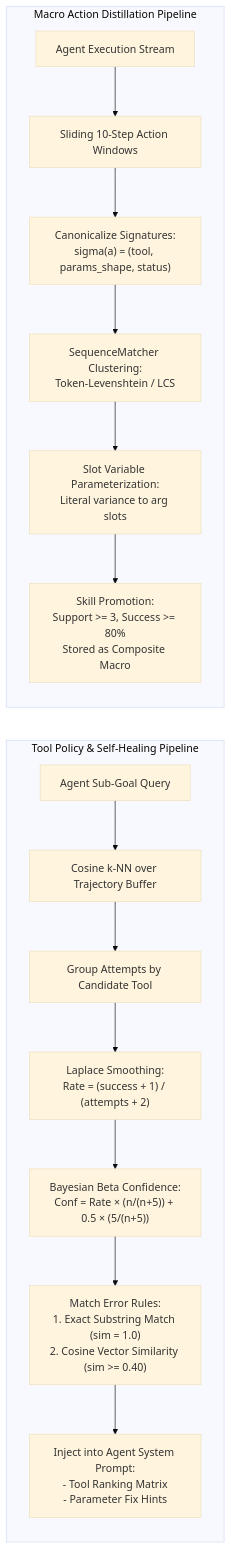
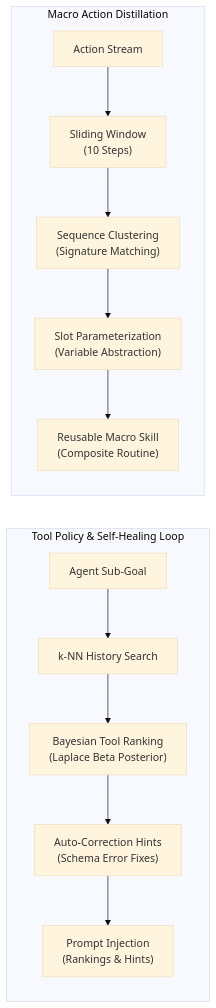
The diagram in report/figures/macro_policy_flowchart.mmd (rsmyst/llmEndsem), drawn with Mermaid (base theme) before and after one commit. The commit also changed 17 other files, not shown here.

```diff
--- a/report/figures/macro_policy_flowchart.mmd
+++ b/report/figures/macro_policy_flowchart.mmd
@@ -1,17 +1,14 @@
 flowchart LR
-    subgraph PolicyStream ["Tool Policy & Self-Healing Pipeline"]
-        Subgoal["Agent Sub-Goal Query"] --> KNN["Cosine k-NN over Trajectory Buffer"]
-        KNN --> Group["Group Attempts by Candidate Tool"]
-        Group --> Laplace["Laplace Smoothing:<br/>Rate = (success + 1) / (attempts + 2)"]
-        Laplace --> Bayes["Bayesian Beta Confidence:<br/>Conf = Rate × (n/(n+5)) + 0.5 × (5/(n+5))"]
-        Bayes --> Hints["Match Error Rules:<br/>1. Exact Substring Match (sim = 1.0)<br/>2. Cosine Vector Similarity (sim >= 0.40)"]
-        Hints --> OutputPrompt["Inject into Agent System Prompt:<br/>- Tool Ranking Matrix<br/>- Parameter Fix Hints"]
+    subgraph PolicyStream ["Tool Policy & Self-Healing Loop"]
+        Subgoal["Agent Sub-Goal"] --> KNN["k-NN History Search"]
+        KNN --> Ranking["Bayesian Tool Ranking<br/>(Laplace Beta Posterior)"]
+        Ranking --> Hints["Auto-Correction Hints<br/>(Schema Error Fixes)"]
+        Hints --> Output["Prompt Injection<br/>(Rankings & Hints)"]
     end
 
-    subgraph MacroStream ["Macro Action Distillation Pipeline"]
-        Session["Agent Execution Stream"] --> Window["Sliding 10-Step Action Windows"]
-        Window --> Canonicalize["Canonicalize Signatures:<br/>sigma(a) = (tool, params_shape, status)"]
-        Canonicalize --> Matcher["SequenceMatcher Clustering:<br/>Token-Levenshtein / LCS"]
-        Matcher --> Slotting["Slot Variable Parameterization:<br/>Literal variance to arg slots"]
-        Slotting --> Promote["Skill Promotion:<br/>Support >= 3, Success >= 80%<br/>Stored as Composite Macro"]
+    subgraph MacroStream ["Macro Action Distillation"]
+        Stream["Action Stream"] --> Window["Sliding Window<br/>(10 Steps)"]
+        Window --> Cluster["Sequence Clustering<br/>(Signature Matching)"]
+        Cluster --> Slot["Slot Parameterization<br/>(Variable Abstraction)"]
+        Slot --> Skill["Reusable Macro Skill<br/>(Composite Routine)"]
     end
```
